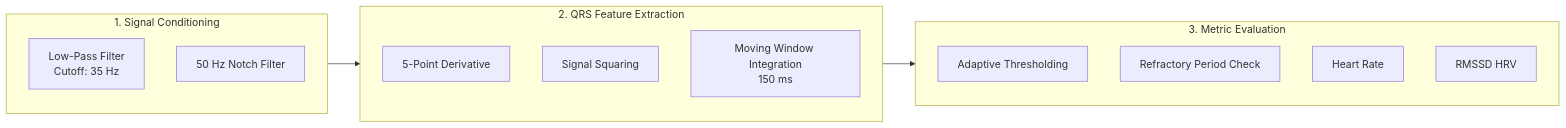
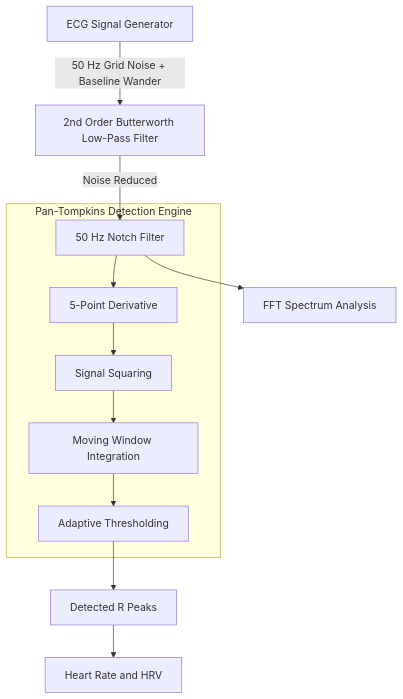
The first of 2 diagrams in README.md (tarungowdac-1/cardiopulse), drawn with Mermaid before and after one commit. The commit also changed other lines of this file, not shown here.

````diff
--- a/README.md
+++ b/README.md
@@ -13,27 +16,19 @@
 ```mermaid
-flowchart LR
+graph TD
 
-    subgraph Stage1["1. Signal Conditioning"]
-        direction TB
-        S1A["Low-Pass Filter\nCutoff: 35 Hz"]
-        S1B["50 Hz Notch Filter"]
+    A["ECG Signal Generator"] -->|"50 Hz Grid Noise + Baseline Wander"| B["2nd Order Butterworth Low-Pass Filter"]
+
+    B -->|"Noise Reduced"| C["50 Hz Notch Filter"]
+
+    subgraph PT["Pan-Tompkins Detection Engine"]
+        C --> D["5-Point Derivative"]
+        D --> E["Signal Squaring"]
+        E --> F["Moving Window Integration"]
+        F --> G["Adaptive Thresholding"]
     end
 
-    subgraph Stage2["2. QRS Feature Extraction"]
-        direction TB
-        S2A["5-Point Derivative"]
-        S2B["Signal Squaring"]
-        S2C["Moving Window Integration\n150 ms"]
-    end
+    G --> H["Detected R Peaks"]
+    H --> I["Heart Rate and HRV"]
 
-    subgraph Stage3["3. Metric Evaluation"]
-        direction TB
-        S3A["Adaptive Thresholding"]
-        S3B["Refractory Period Check"]
-        S3C["Heart Rate"]
-        S3D["RMSSD HRV"]
-    end
-
-    Stage1 --> Stage2
-    Stage2 --> Stage3
+    C --> J["FFT Spectrum Analysis"]
 ```
````
